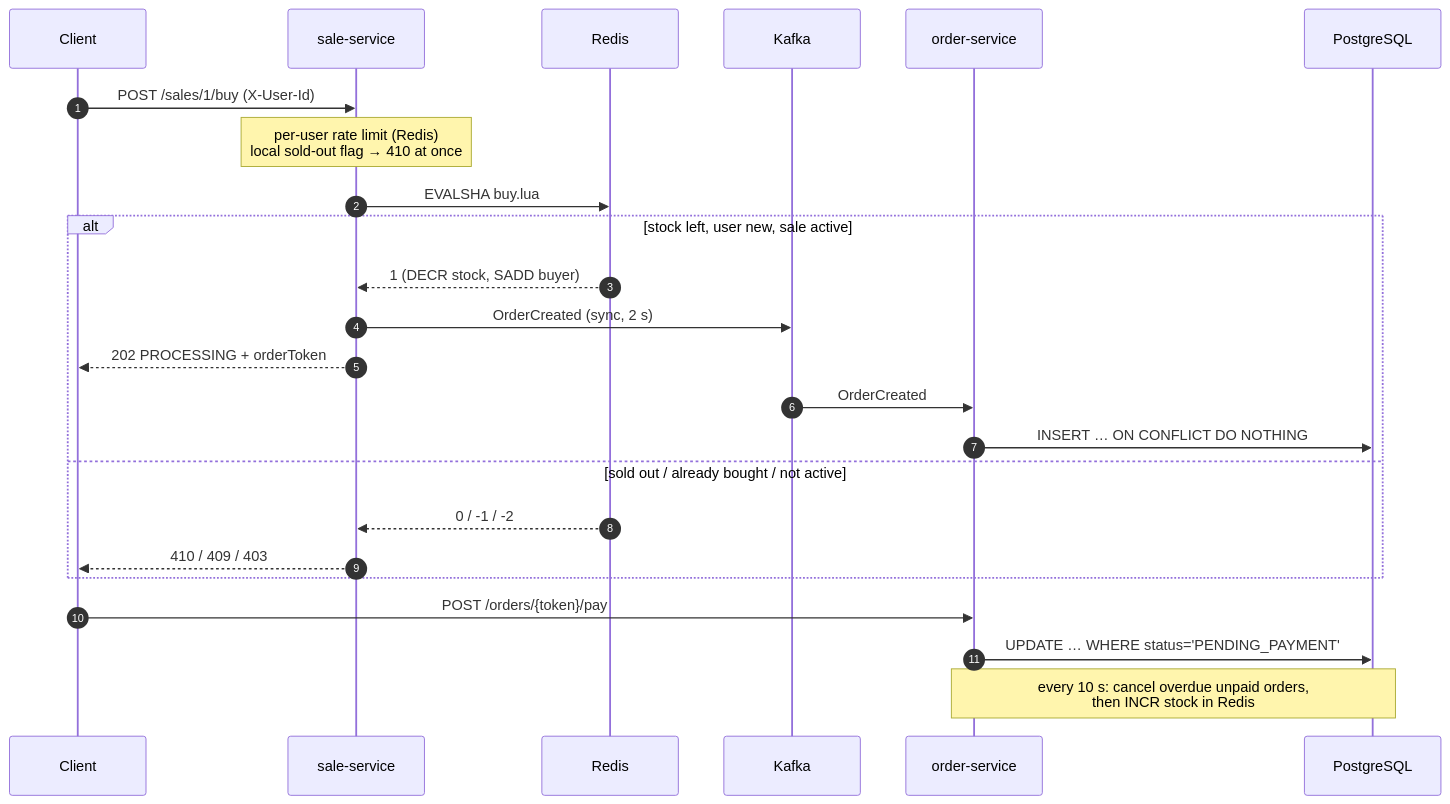
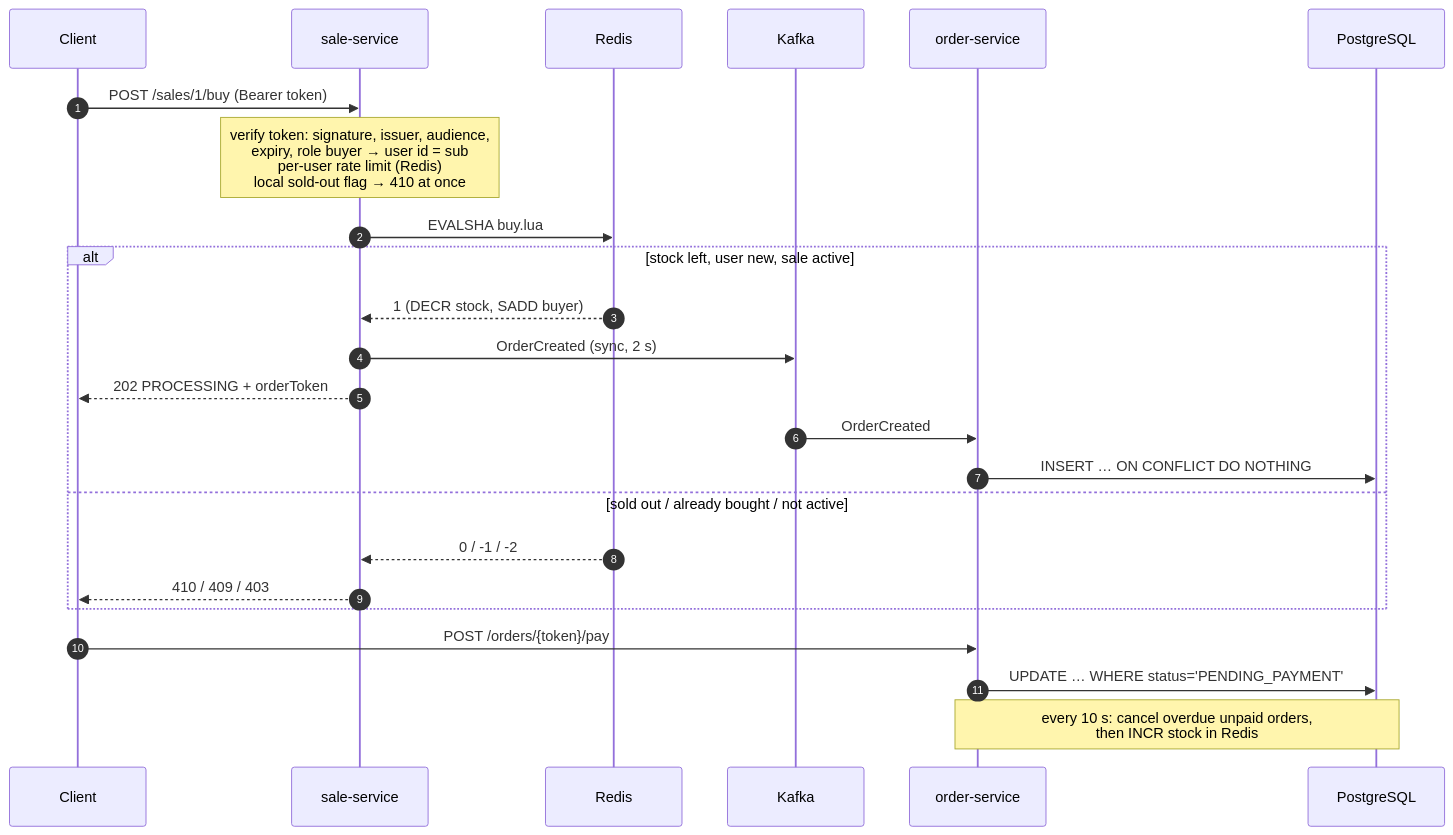
The second of 2 diagrams in README.md (kcharithreddy/StockRush), drawn with Mermaid before and after one commit. The commit also changed other lines of this file and 2 other files, not shown here.

````diff
--- a/README.md
+++ b/README.md
@@ -126,27 +131,27 @@
 ```mermaid
 sequenceDiagram
     autonumber
     participant C as Client
     participant S as sale-service
     participant R as Redis
     participant K as Kafka
     participant O as order-service
     participant P as PostgreSQL
 
-    C->>S: POST /sales/1/buy (X-User-Id)
-    Note over S: per-user rate limit (Redis)<br/>local sold-out flag → 410 at once
+    C->>S: POST /sales/1/buy (Bearer token)
+    Note over S: verify token: signature, issuer, audience,<br/>expiry, role buyer → user id = sub<br/>per-user rate limit (Redis)<br/>local sold-out flag → 410 at once
     S->>R: EVALSHA buy.lua
     alt stock left, user new, sale active
         R-->>S: 1 (DECR stock, SADD buyer)
         S->>K: OrderCreated (sync, 2 s)
         S-->>C: 202 PROCESSING + orderToken
         K->>O: OrderCreated
         O->>P: INSERT … ON CONFLICT DO NOTHING
     else sold out / already bought / not active
         R-->>S: 0 / -1 / -2
         S-->>C: 410 / 409 / 403
     end
     C->>O: POST /orders/{token}/pay
     O->>P: UPDATE … WHERE status='PENDING_PAYMENT'
     Note over O,P: every 10 s: cancel overdue unpaid orders,<br/>then INCR stock in Redis
 ```
````
